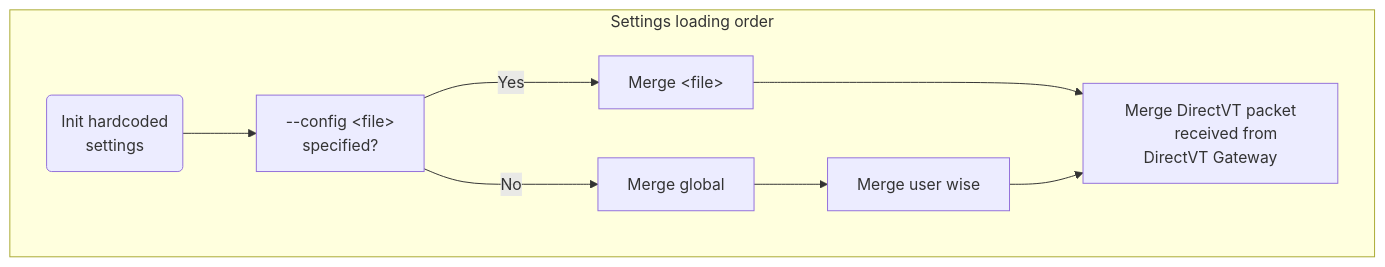
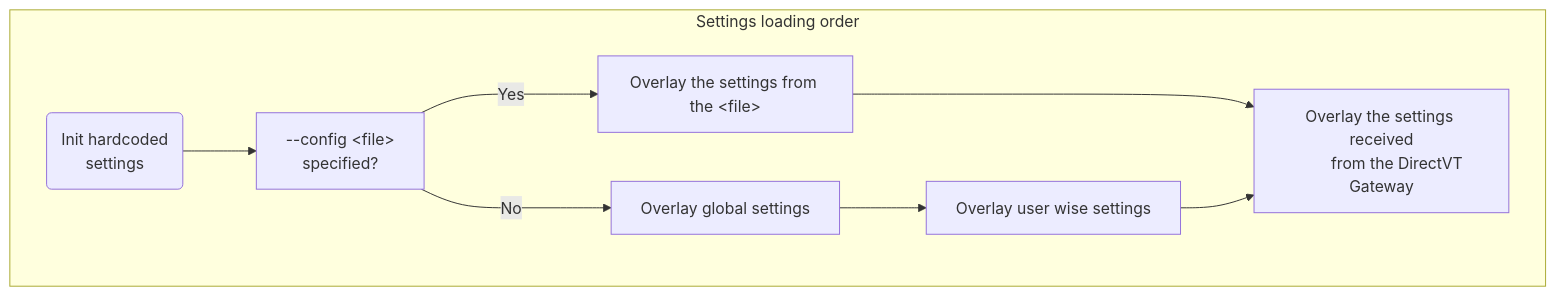
The diagram in doc/command-line-options.md (directvt/vtm), drawn with Mermaid before and after one commit. The commit also changed 2 other files, not shown here.

Commit message:
Update docs (rewording)

````diff
--- a/doc/command-line-options.md
+++ b/doc/command-line-options.md
@@ -51,16 +51,16 @@
 ```mermaid
 graph LR
     subgraph Settings loading order
     direction LR
         B("Init hardcoded
         settings")
         B --> C["--config #lt;file#gt;
         specified?"]
-        C -->|Yes| D["Merge #lt;file#gt;"]
-        C --->|No| F["Merge global"]
-        F --> G["Merge user wise"]
-        D ---> H["Merge DirectVT packet
-        received from DirectVT Gateway"]
+        C -->|Yes| D["Overlay the settings from the #lt;file#gt;"]
+        C --->|No| F["Overlay global settings"]
+        F --> G["Overlay user wise settings"]
+        D ---> H["Overlay the settings received
+        from the DirectVT Gateway"]
         G --> H
     end
 ```
````
